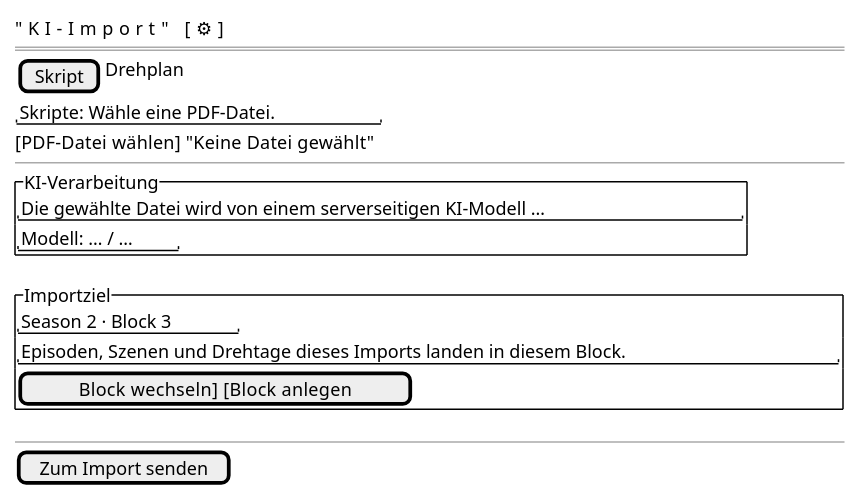
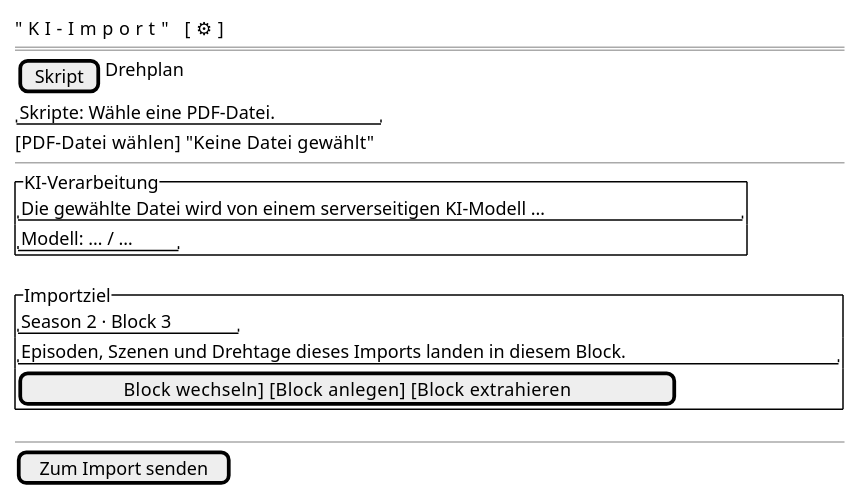
The diagram in docs/design/screens/ai-import-submit.md (tradem/breakdown-rs), drawn with PlantUML before and after one commit. The commit also changed other lines of this file and 18 other files, not shown here.

First line of the commit message:
feat(ai-import): offer "Block extrahieren" in the import target card (issue #898) (#904)

````diff
--- a/docs/design/screens/ai-import-submit.md
+++ b/docs/design/screens/ai-import-submit.md
@@ -37,21 +37,21 @@
 ```plantuml
 @startsalt
 {
   "KI-Import"                  [⚙]
   ==
   { [Skript] | Drehplan }
   "Skripte: Wähle eine PDF-Datei."
   [PDF-Datei wählen]   "Keine Datei gewählt"
   --
   {^ "KI-Verarbeitung"
      "Die gewählte Datei wird von einem serverseitigen KI-Modell …"
      "Modell: … / …" }
   {^ "Importziel"
      "Season 2 · Block 3"
      "Episoden, Szenen und Drehtage dieses Imports landen in diesem Block."
-     [Block wechseln]   [Block anlegen] }
+     [Block wechseln]   [Block anlegen]   [Block extrahieren] }
   --
   [Zum Import senden]
 }
 @endsalt
 ```
````
